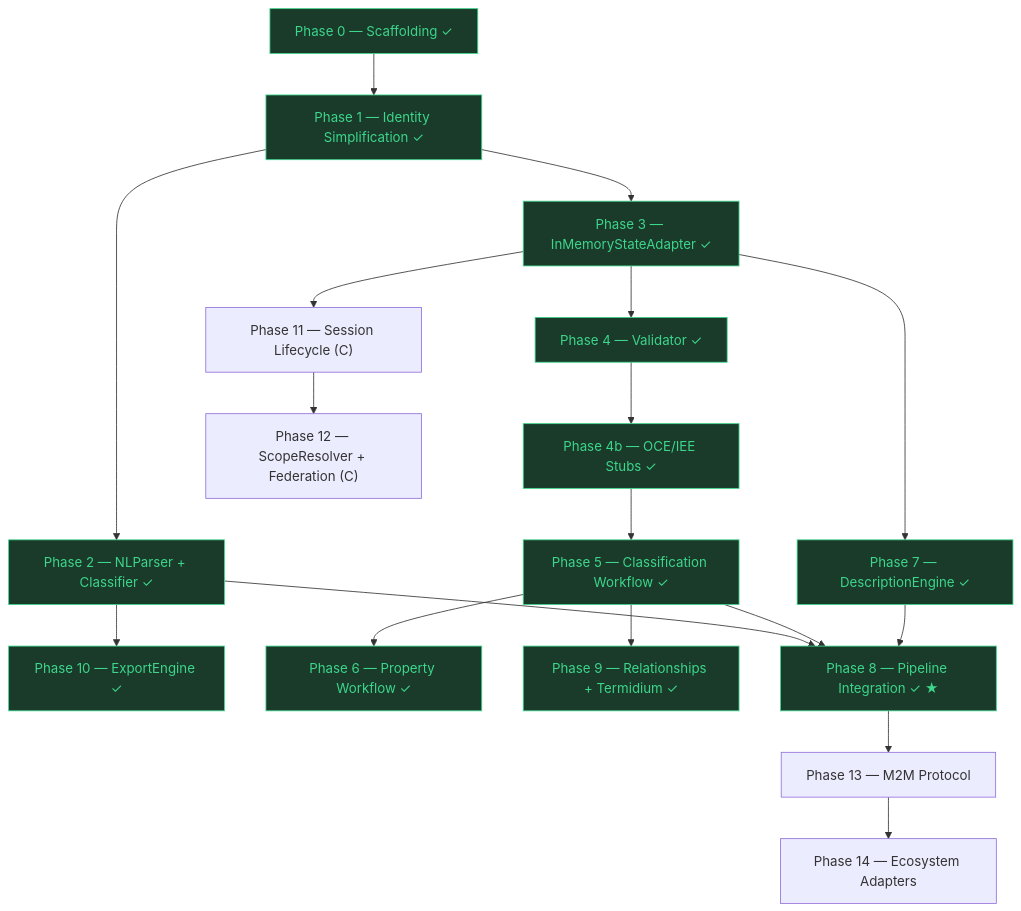
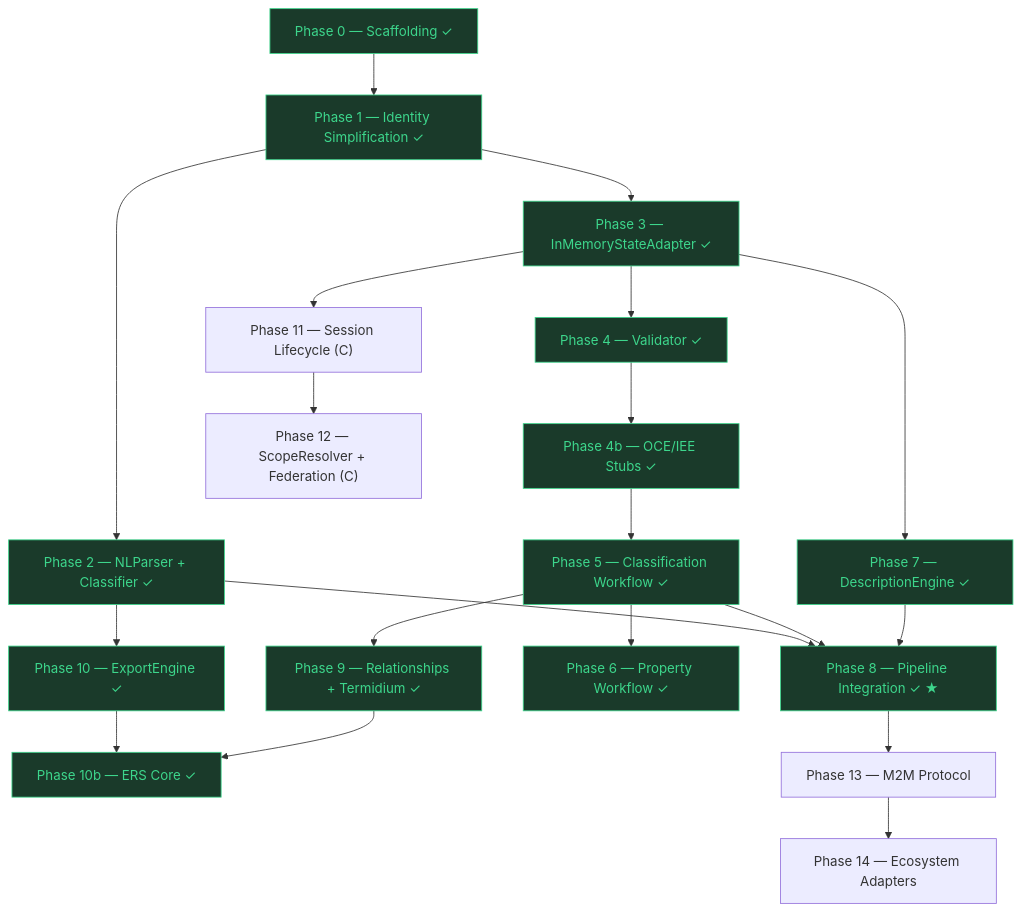
Before and after one commit to Skreen5hot/Fandaws-Sentinel: the diagram in ROADMAP.md, drawn with Mermaid. The commit also changed other lines of this file and 29 other files, not shown here.

First line of the commit message:
Add Phase 10b: Epistemic Register Service (ERS) — three-register model

````diff
--- a/ROADMAP.md
+++ b/ROADMAP.md
@@ -12,43 +12,46 @@
 ```mermaid
 graph TD
   P0["Phase 0 — Scaffolding ✓"] --> P1["Phase 1 — Identity Simplification ✓"]
 
   %% Track A — Linguistics & IO
   P1 --> P2["Phase 2 — NLParser + Classifier ✓"]
   P3 --> P7["Phase 7 — DescriptionEngine ✓"]
   P2 --> P10["Phase 10 — ExportEngine ✓"]
+  P10 --> P10b["Phase 10b — ERS Core ✓"]
+  P9 --> P10b
 
   %% Track B — Graph Mechanics
   P1 --> P3["Phase 3 — InMemoryStateAdapter ✓"]
   P3 --> P4["Phase 4 — Validator ✓"]
   P4 --> P4b["Phase 4b — OCE/IEE Stubs ✓"]
   P4b --> P5["Phase 5 — Classification Workflow ✓"]
   P5 --> P6["Phase 6 — Property Workflow ✓"]
   P5 --> P9["Phase 9 — Relationships + Termidium ✓"]
 
   %% Track C — Lifecycle & Federation
   P3 --> P11["Phase 11 — Session Lifecycle (C)"]
   P11 --> P12["Phase 12 — ScopeResolver + Federation (C)"]
 
   %% Convergence
   P2 --> P8["Phase 8 — Pipeline Integration ✓ ★"]
   P5 --> P8
   P7 --> P8
 
   %% Post-convergence
   P8 --> P13["Phase 13 — M2M Protocol"]
   P13 --> P14["Phase 14 — Ecosystem Adapters"]
 
   style P0 fill:#1a3a2a,stroke:#3dd68c,color:#3dd68c
   style P1 fill:#1a3a2a,stroke:#3dd68c,color:#3dd68c
   style P2 fill:#1a3a2a,stroke:#3dd68c,color:#3dd68c
   style P3 fill:#1a3a2a,stroke:#3dd68c,color:#3dd68c
   style P4 fill:#1a3a2a,stroke:#3dd68c,color:#3dd68c
   style P4b fill:#1a3a2a,stroke:#3dd68c,color:#3dd68c
   style P5 fill:#1a3a2a,stroke:#3dd68c,color:#3dd68c
   style P6 fill:#1a3a2a,stroke:#3dd68c,color:#3dd68c
   style P7 fill:#1a3a2a,stroke:#3dd68c,color:#3dd68c
   style P8 fill:#1a3a2a,stroke:#3dd68c,color:#3dd68c
   style P9 fill:#1a3a2a,stroke:#3dd68c,color:#3dd68c
   style P10 fill:#1a3a2a,stroke:#3dd68c,color:#3dd68c
+  style P10b fill:#1a3a2a,stroke:#3dd68c,color:#3dd68c
 ```
````
